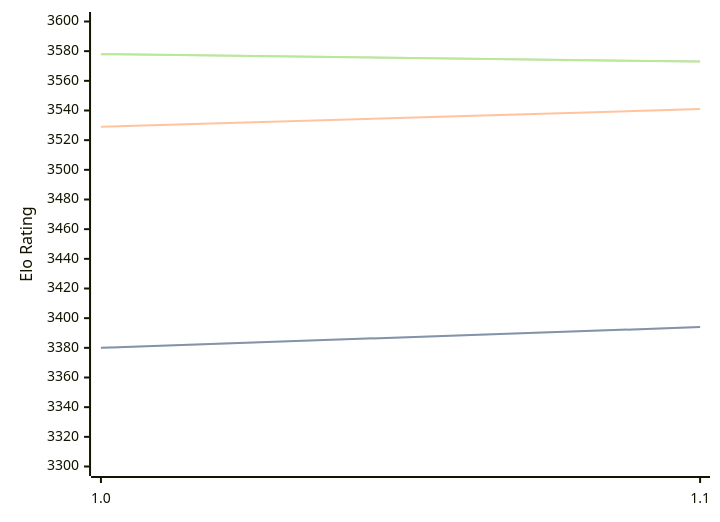
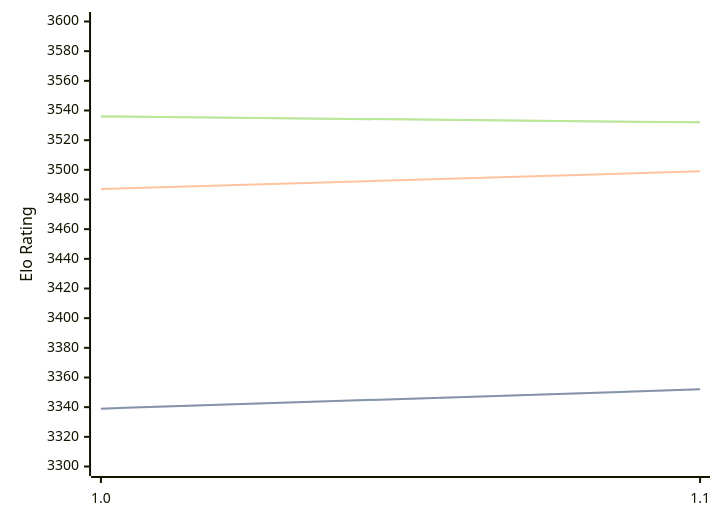
The diagram in engines/Horsie.md (computer-chess-index/cci), drawn with Mermaid before and after one commit. The commit also changed other lines of this file, not shown here.

Commit message:
Update CCI Ratings (ELO VLTC) - 2026-05-19

````diff
--- a/engines/Horsie.md
+++ b/engines/Horsie.md
@@ -32,11 +32,11 @@
 ```mermaid
 %%{init: {"theme":"base","themeVariables":{"seriesColors:['#a3a3a3','#222221','#faa371']}}}%%
 xychart-beta
   x-axis ["1.0", "1.1"]
   y-axis "Elo Rating" 3300 --> 3600
-  line "STC (8.0+0.08s)" [3380, 3394]
-  line "STC (8.0+0.08s)" [3380, 3394]
-  line "LTC (60.0+0.60s)" [3529, 3541]
-  line "VLTC (2m24s+1.12s)" [3578, 3573]
-  line "VLTC (2m24s+1.12s)" [3578, 3573]
+  line "STC (8.0+0.08s)" [3339, 3352]
+  line "STC (8.0+0.08s)" [3339, 3352]
+  line "LTC (60.0+0.60s)" [3487, 3499]
+  line "VLTC (2m24s+1.12s)" [3536, 3532]
+  line "VLTC (2m24s+1.12s)" [3536, 3532]
 ```
````
